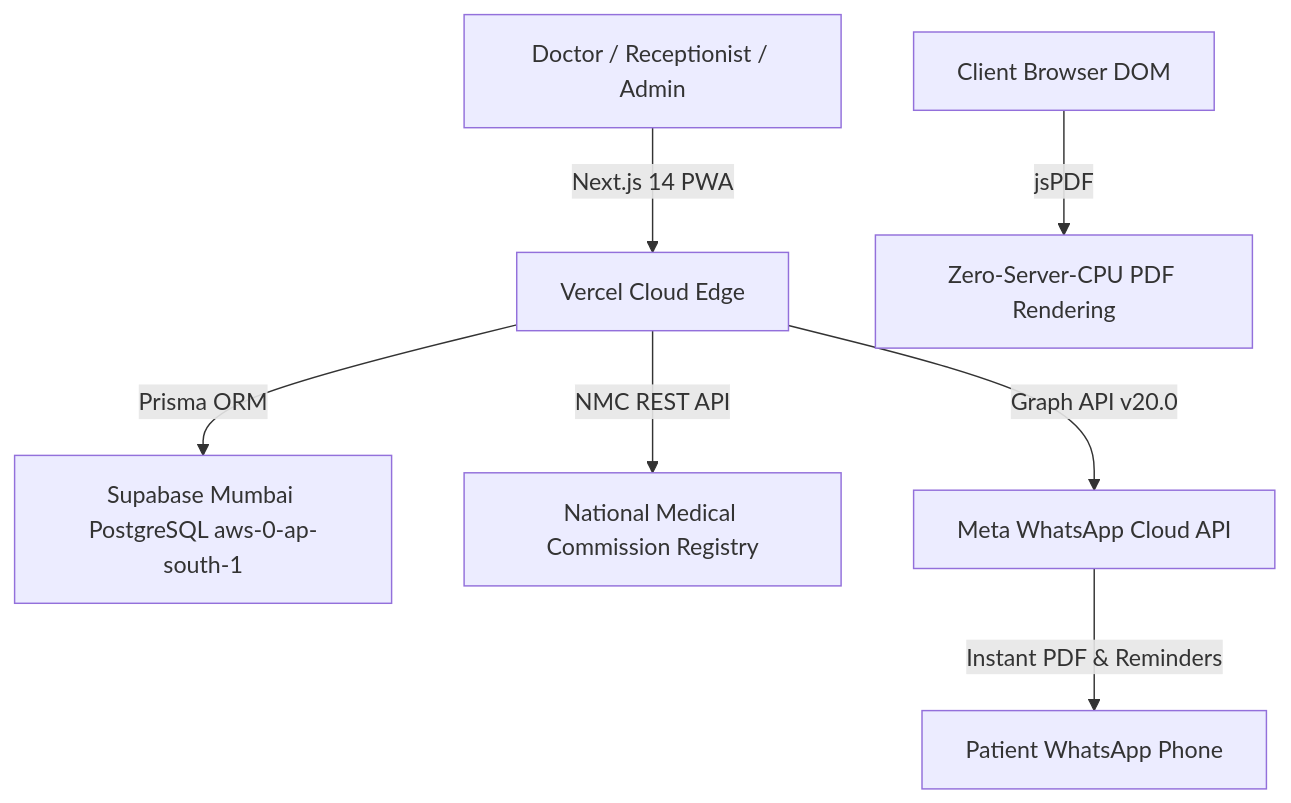
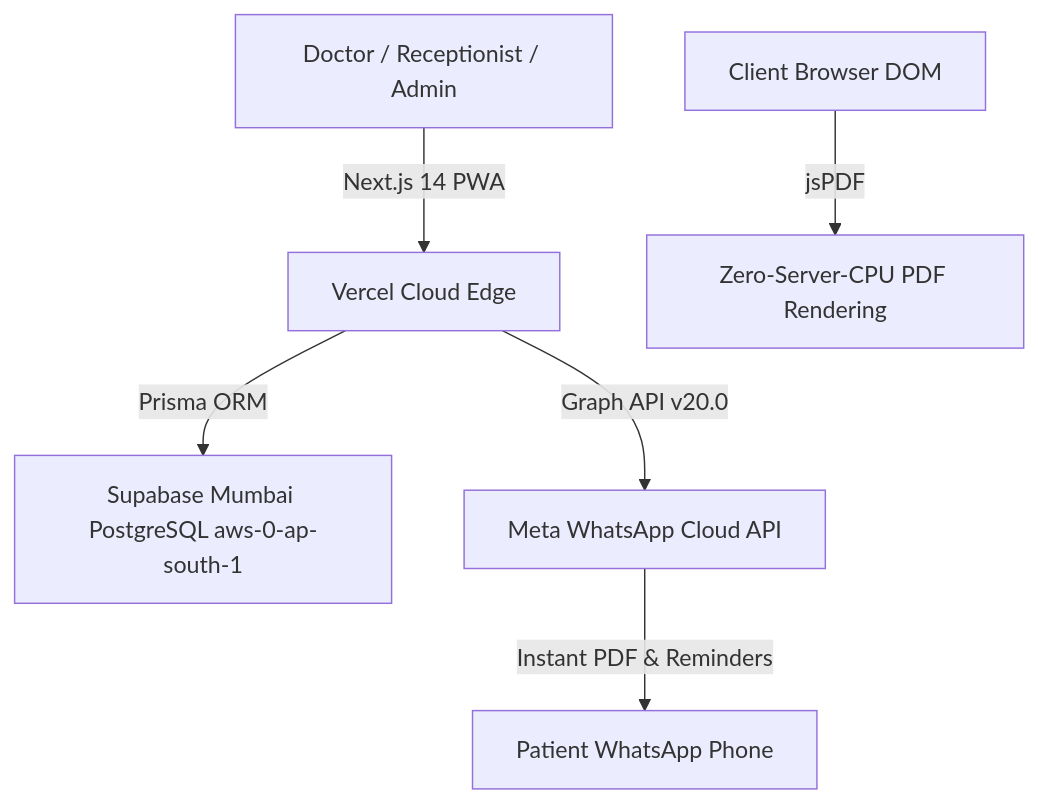
The first of 3 diagrams in RxNXT_Master_AI_Strategy_Bible.md (orugtechnologies/RxNXT-Cloud), drawn with Mermaid before and after one commit. The commit also changed other lines of this file and 48 other files, not shown here.

````diff
--- a/RxNXT_Master_AI_Strategy_Bible.md
+++ b/RxNXT_Master_AI_Strategy_Bible.md
@@ -33,9 +33,8 @@
 ```mermaid
 graph TD
     User[Doctor / Receptionist / Admin] -->|Next.js 14 PWA| Vercel[Vercel Cloud Edge]
     Vercel -->|Prisma ORM| Supabase[Supabase Mumbai PostgreSQL aws-0-ap-south-1]
-    Vercel -->|NMC REST API| NMC[National Medical Commission Registry]
     Vercel -->|Graph API v20.0| Meta[Meta WhatsApp Cloud API]
     Meta -->|Instant PDF & Reminders| Patient[Patient WhatsApp Phone]
     ClientBrowser[Client Browser DOM] -->|jsPDF| InstantPDF[Zero-Server-CPU PDF Rendering]
 ```
````
